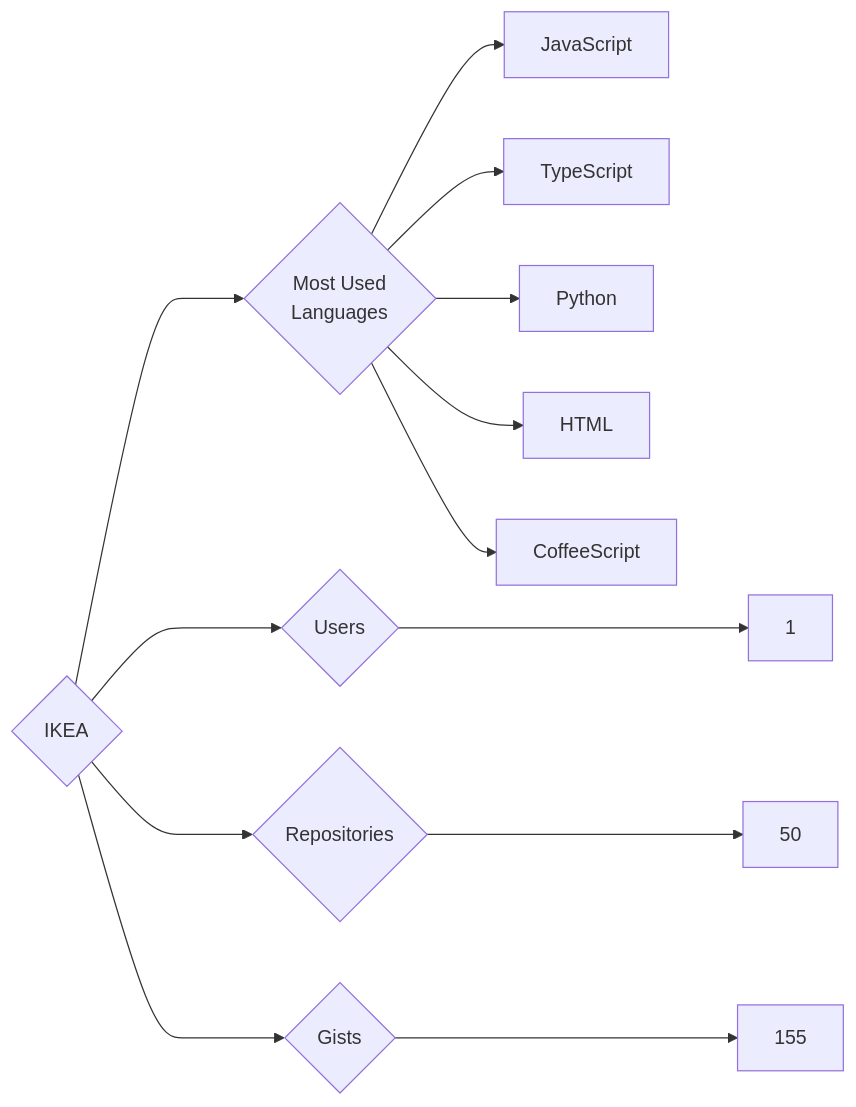
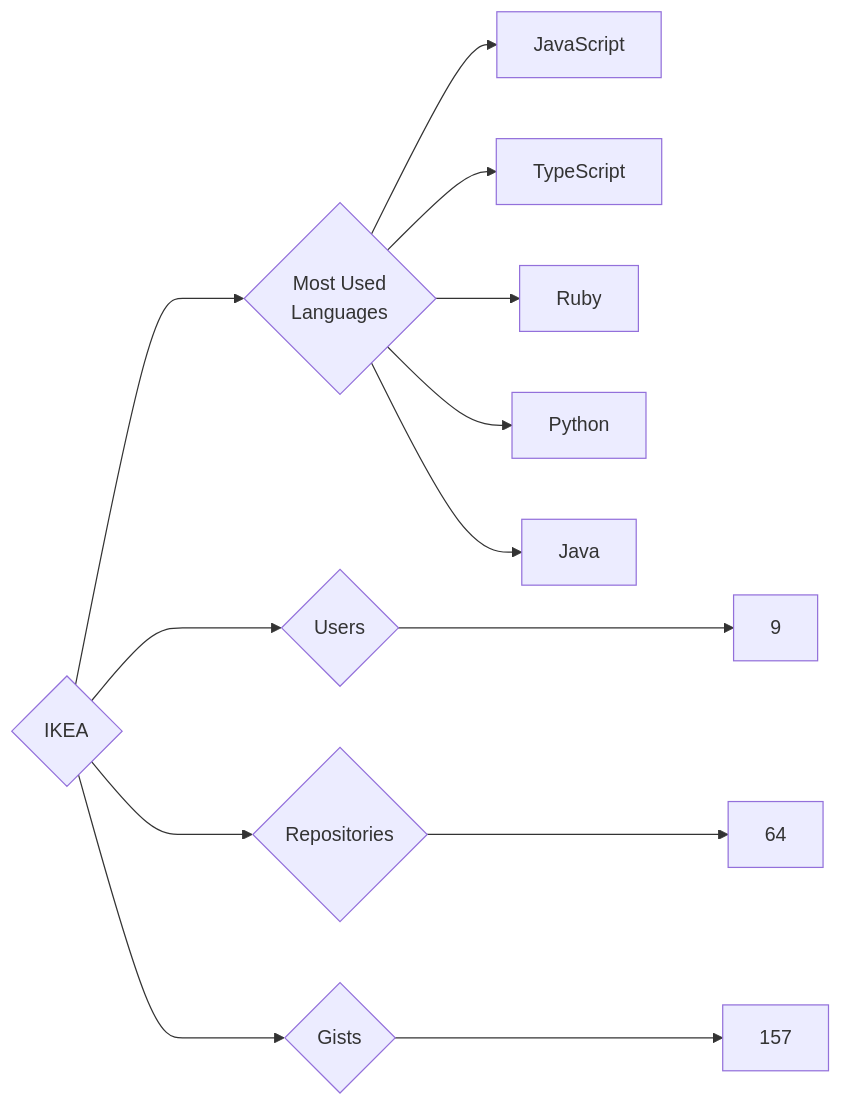
The diagram in targets/IKEA/README.md (trickest/insiders), drawn with Mermaid before and after one commit. The commit also changed 847 other files, not shown here.

````diff
--- a/targets/IKEA/README.md
+++ b/targets/IKEA/README.md
@@ -3,13 +3,13 @@
 ```mermaid
 graph LR
 COMPANY_NAME{IKEA}
-COMPANY_NAME ---> U{Users} ---> UN[1]
-COMPANY_NAME ---> R{Repositories} ---> RN[50]
-COMPANY_NAME ---> G{Gists} ---> GN[155]
+COMPANY_NAME ---> U{Users} ---> UN[9]
+COMPANY_NAME ---> R{Repositories} ---> RN[64]
+COMPANY_NAME ---> G{Gists} ---> GN[157]
 COMPANY_NAME ---> ML{Most Used<br>Languages}
 ML --> JavaScript[JavaScript]
 ML --> TypeScript[TypeScript]
+ML --> Ruby[Ruby]
 ML --> Python[Python]
-ML --> HTML[HTML]
-ML --> CoffeeScript[CoffeeScript]
+ML --> Java[Java]
 ```
````
